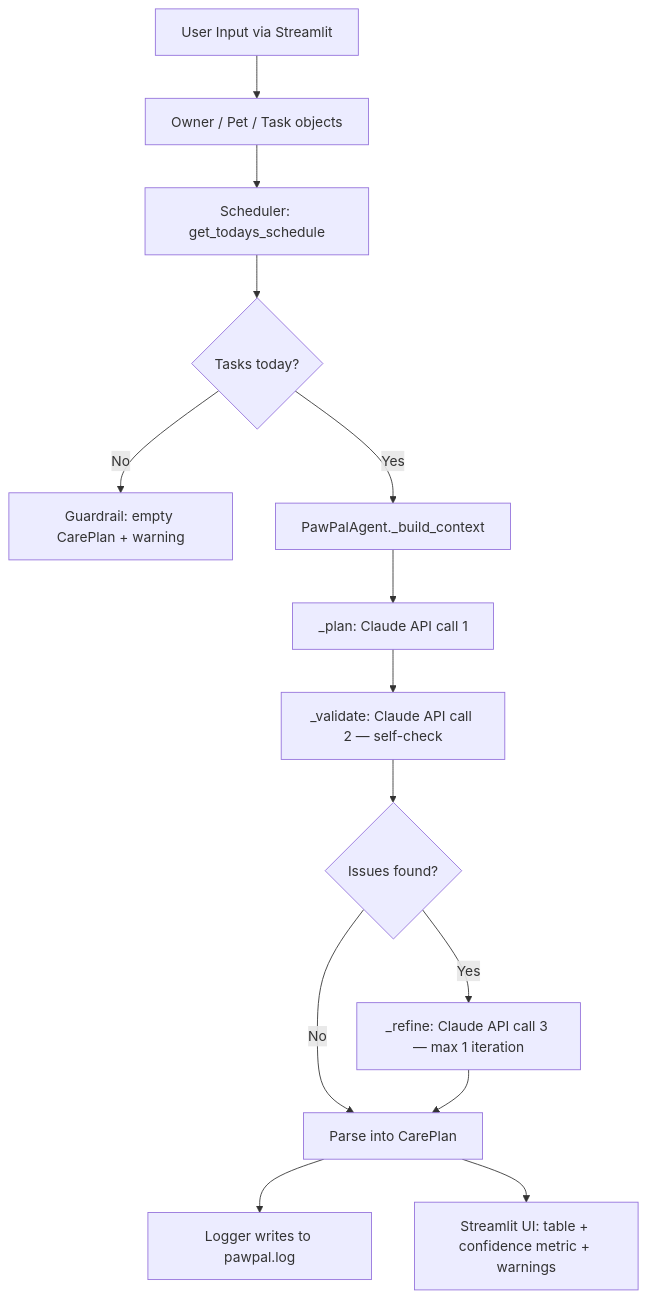
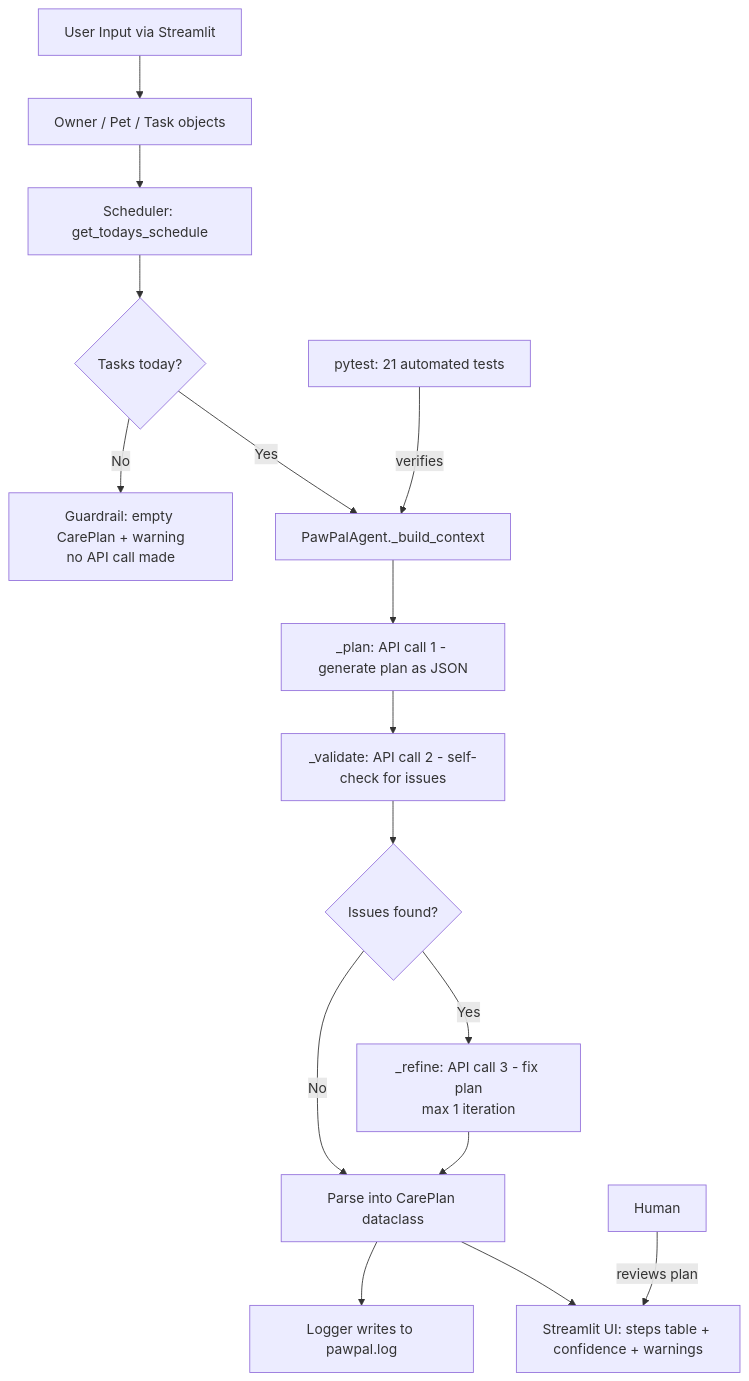
Before and after one commit to flebdi/applied-ai-system-project: the diagram in README.md, drawn with Mermaid. The commit also changed other lines of this file, not shown here.

````diff
--- a/README.md
+++ b/README.md
@@ -23,16 +40,18 @@
 ```mermaid
 flowchart TD
     A[User Input via Streamlit] --> B[Owner / Pet / Task objects]
     B --> C[Scheduler: get_todays_schedule]
     C --> D{Tasks today?}
-    D -- No --> E[Guardrail: empty CarePlan + warning]
+    D -- No --> E[Guardrail: empty CarePlan + warning\nno API call made]
     D -- Yes --> F[PawPalAgent._build_context]
-    F --> G[_plan: Claude API call 1]
-    G --> H[_validate: Claude API call 2 — self-check]
+    F --> G[_plan: API call 1 - generate plan as JSON]
+    G --> H[_validate: API call 2 - self-check for issues]
     H --> I{Issues found?}
-    I -- No --> J[Parse into CarePlan]
-    I -- Yes --> K[_refine: Claude API call 3 — max 1 iteration]
+    I -- No --> J[Parse into CarePlan dataclass]
+    I -- Yes --> K[_refine: API call 3 - fix plan\nmax 1 iteration]
     K --> J
     J --> L[Logger writes to pawpal.log]
-    J --> M[Streamlit UI: table + confidence metric + warnings]
+    J --> M[Streamlit UI: steps table + confidence + warnings]
+    N[Human] -- reviews plan --> M
+    O[pytest: 21 automated tests] -- verifies --> F
 ```
````
